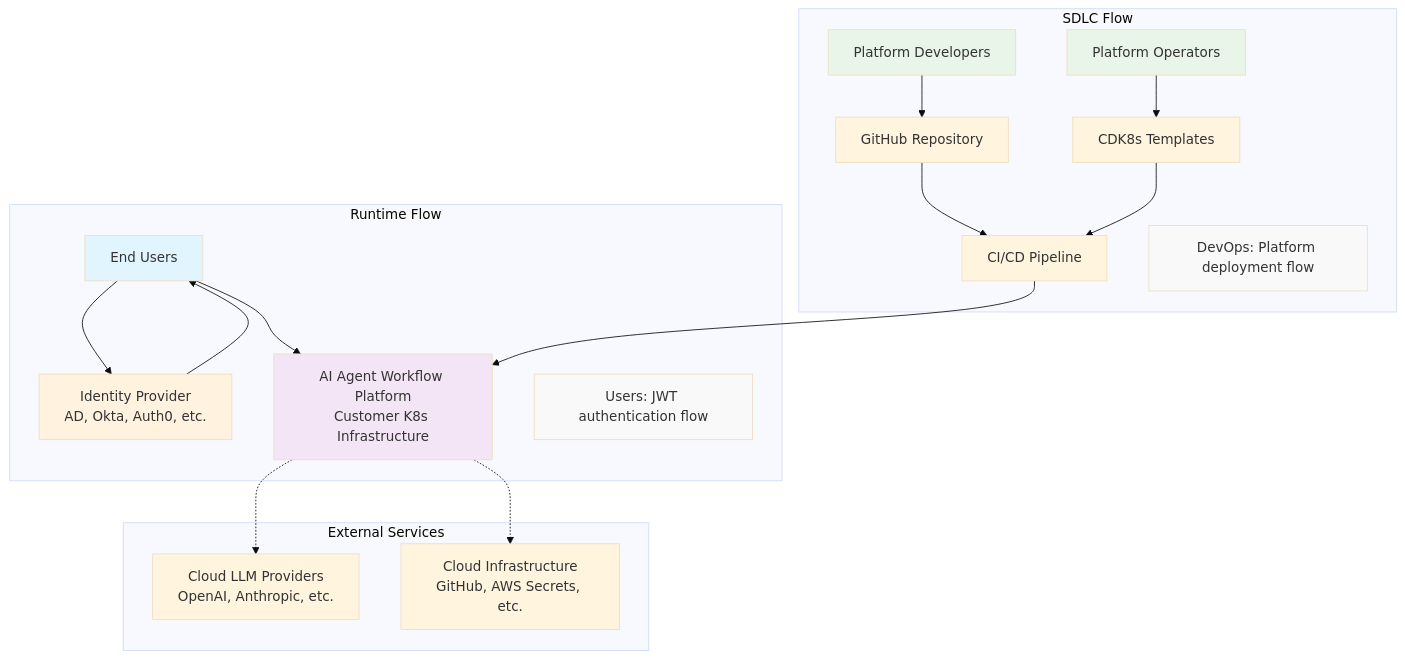
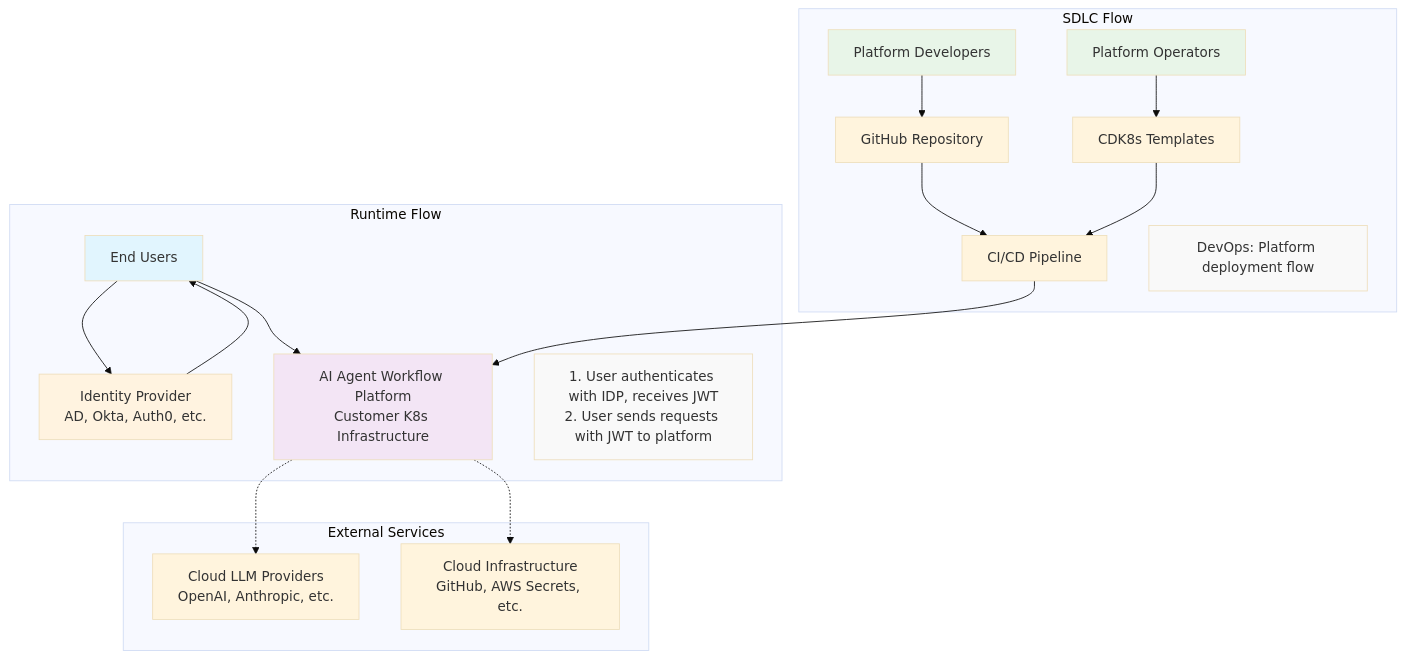
The first of 7 diagrams in articles/ai-agent-workflow-platform-architecture.md (ondemandenv/ondemandenv.github.io), drawn with Mermaid (base theme) before and after one commit. The commit also changed other lines of this file, not shown here.

````diff
--- a/articles/ai-agent-workflow-platform-architecture.md
+++ b/articles/ai-agent-workflow-platform-architecture.md
@@ -24,36 +24,36 @@
 ```mermaid
 graph TD
     subgraph "Runtime Flow"
         USER[End Users] --> IDP[Identity Provider<br/>AD, Okta, Auth0, etc.]
         IDP --> USER
         USER --> PLATFORM[AI Agent Workflow Platform<br/>Customer K8s Infrastructure]
-        note1[Users: JWT authentication flow]
+        note1[1. User authenticates with IDP, receives JWT<br/>2. User sends requests with JWT to platform]
     end
     
     subgraph "SDLC Flow"
         DEVS[Platform Developers] --> GITHUB[GitHub Repository]
         OPS[Platform Operators] --> CDK8S[CDK8s Templates]
         GITHUB --> CI_CD[CI/CD Pipeline]
         CDK8S --> CI_CD
         CI_CD --> PLATFORM
         note2[DevOps: Platform deployment flow]
     end
     
     subgraph "External Services"
         IDP
         CLOUD_LLM[Cloud LLM Providers<br/>OpenAI, Anthropic, etc.]
         CLOUD_INFRA[Cloud Infrastructure<br/>GitHub, AWS Secrets, etc.]
         GITHUB
     end
     
     PLATFORM -.-> CLOUD_LLM
     PLATFORM -.-> CLOUD_INFRA
     
     style USER fill:#e1f5fe
     style PLATFORM fill:#f3e5f5
     style IDP fill:#fff3e0
     style DEVS fill:#e8f5e8
     style OPS fill:#e8f5e8
     style note1 fill:#f9f9f9
     style note2 fill:#f9f9f9
 ```
````
